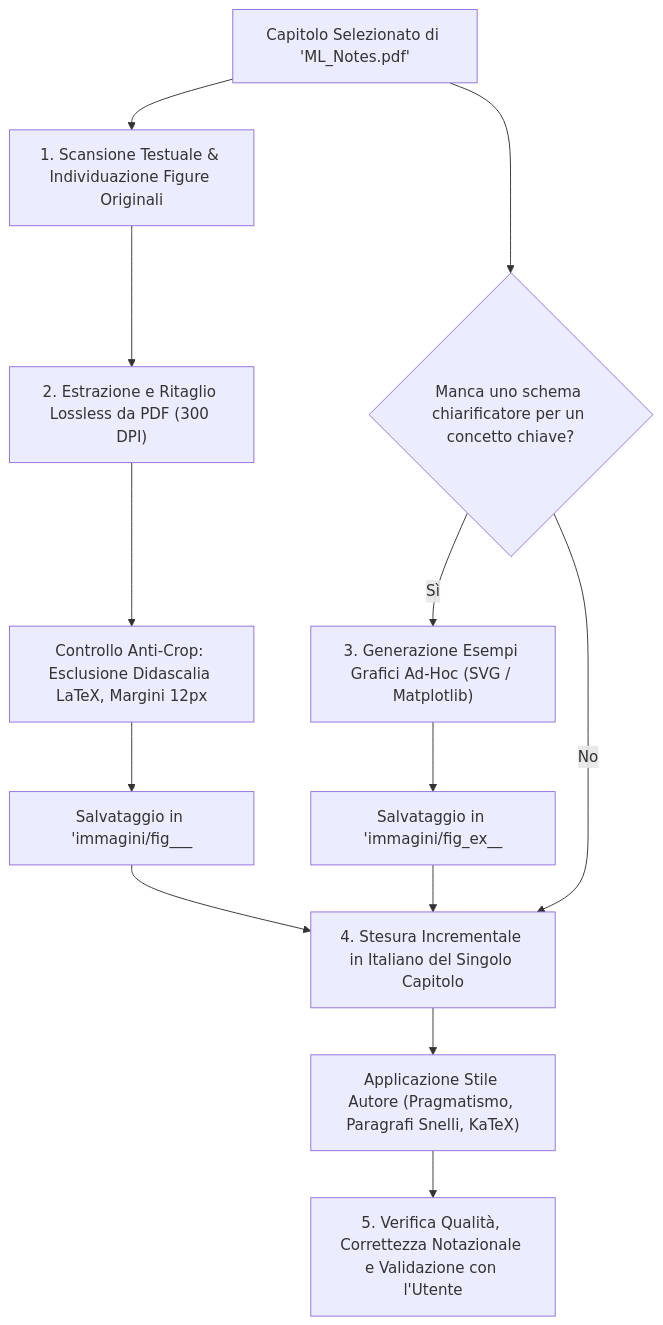
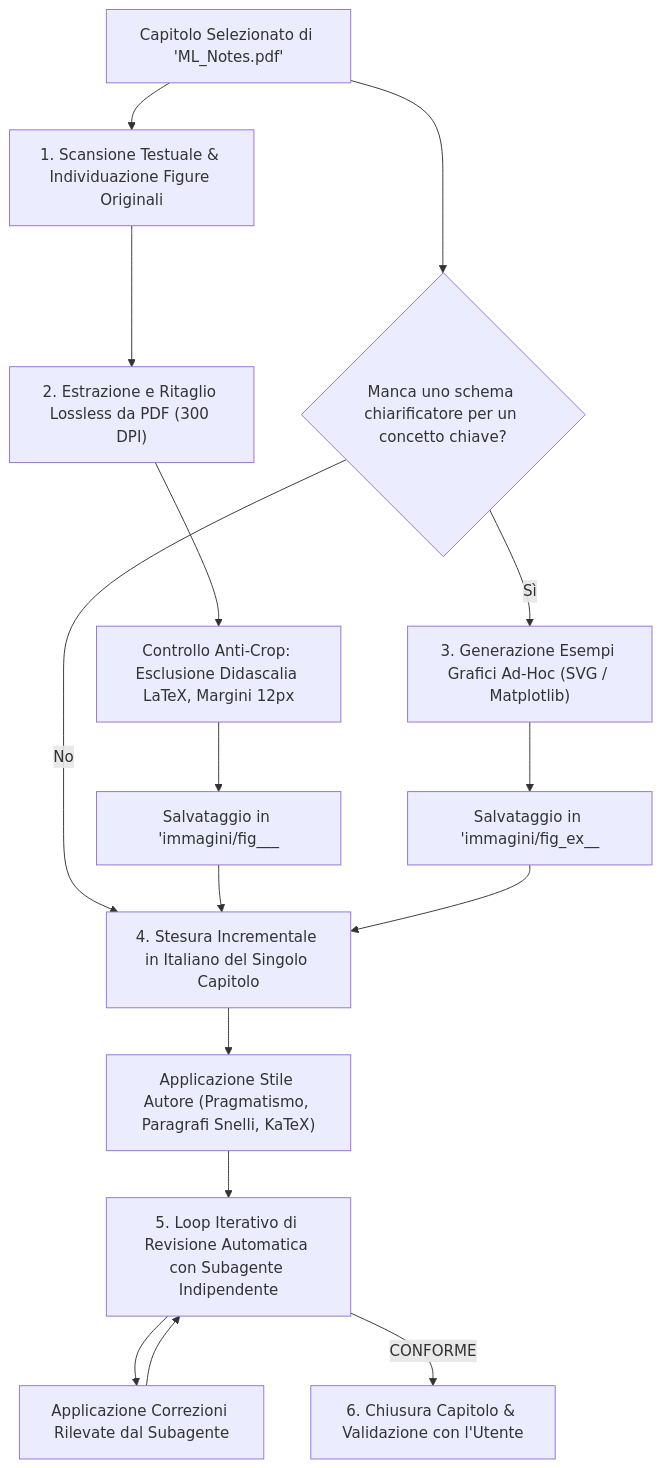
One commit to michelevantaggi02/Magistrale changed the diagram in Anno 1/Machine Learning/GUIDA_APPUNTI_MACHINE_LEARNING.md. Above: the diagram before and after it, drawn with Mermaid. The commit also changed other lines of this file and 170 other files, not shown here.

````diff
--- a/Anno 1/Machine Learning/GUIDA_APPUNTI_MACHINE_LEARNING.md
+++ b/Anno 1/Machine Learning/GUIDA_APPUNTI_MACHINE_LEARNING.md
@@ -75,15 +75,18 @@
 ```mermaid
 flowchart TD
     A["Capitolo Selezionato di 'ML_Notes.pdf'"] --> B["1. Scansione Testuale & Individuazione Figure Originali"]
     B --> C["2. Estrazione e Ritaglio Lossless da PDF (300 DPI)"]
     C --> D["Controllo Anti-Crop: Esclusione Didascalia LaTeX, Margini 12px"]
     D --> E["Salvataggio in 'immagini/fig_<cap>_<num>_<desc>.png'"]
     A --> F{"Manca uno schema chiarificatore per un concetto chiave?"}
     F -- "Sì" --> G["3. Generazione Esempi Grafici Ad-Hoc (SVG / Matplotlib)"]
     G --> H["Salvataggio in 'immagini/fig_ex_<cap>_<desc>.png'"]
     F -- "No" --> I["4. Stesura Incrementale in Italiano del Singolo Capitolo"]
     E --> I
     H --> I
     I --> L["Applicazione Stile Autore (Pragmatismo, Paragrafi Snelli, KaTeX)"]
-    L --> M["5. Verifica Qualità, Correttezza Notazionale e Validazione con l'Utente"]
+    L --> R["5. Loop Iterativo di Revisione Automatica con Subagente Indipendente"]
+    R --> S["Applicazione Correzioni Rilevate dal Subagente"]
+    S --> R
+    R -- "CONFORME" --> M["6. Chiusura Capitolo & Validazione con l'Utente"]
 ```
````
